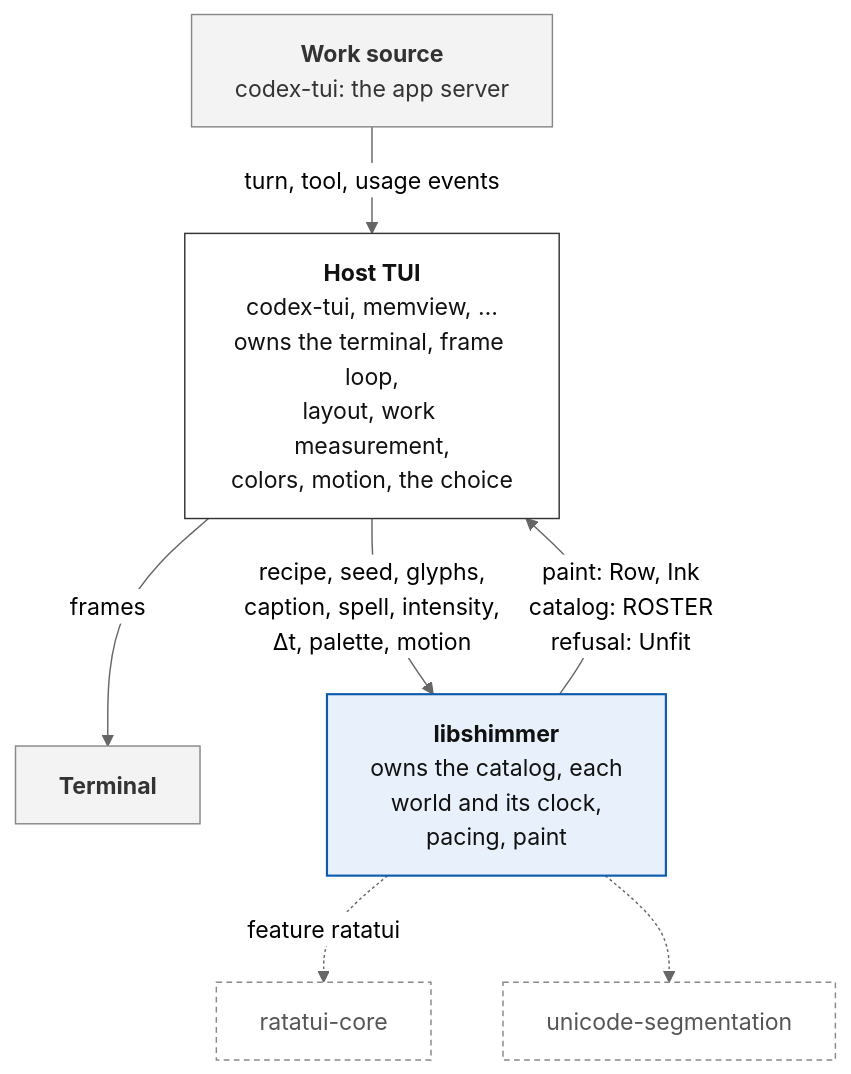
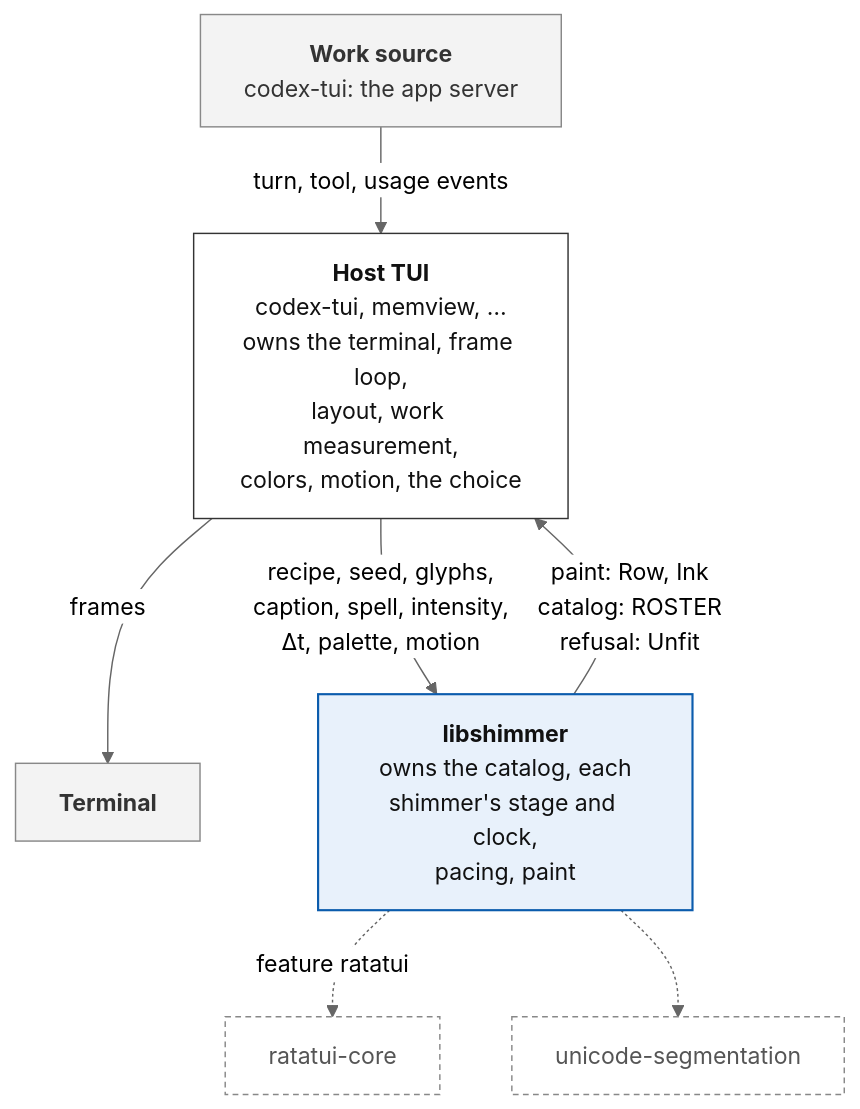
One commit to aoaoaoaoaoaoaoaoaoaoaoaoaoaoaoaoaoaoaoa/libshimmer changed the first of 6 diagrams in design/DESIGN.md. Above: the diagram before and after it, drawn with Mermaid (neutral theme). The commit also changed other lines of this file, not shown here.

````diff
--- a/design/DESIGN.md
+++ b/design/DESIGN.md
@@ -32,21 +40,21 @@
 ```mermaid
 flowchart TB
   classDef subject fill:#e8f1fb,stroke:#0b5cad,stroke-width:1.5px,color:#111
   classDef host fill:#fff,stroke:#333,color:#111
   classDef outside fill:#f3f3f3,stroke:#888,color:#333
   classDef dep fill:#fff,stroke:#888,color:#555,stroke-dasharray:4 3
 
   work["<b>Work source</b><br/>codex-tui: the app server"]:::outside
   host["<b>Host TUI</b><br/>codex-tui, memview, …<br/>owns the terminal, frame loop,<br/>layout, work measurement,<br/>colors, motion, the choice"]:::host
   term["<b>Terminal</b>"]:::outside
-  lib["<b>libshimmer</b><br/>owns the catalog, each<br/>world and its clock,<br/>pacing, paint"]:::subject
+  lib["<b>libshimmer</b><br/>owns the catalog, each<br/>shimmer's stage and clock,<br/>pacing, paint"]:::subject
   core["ratatui-core"]:::dep
   seg["unicode-segmentation"]:::dep
 
   work -->|"turn, tool, usage events"| host
   host -->|frames| term
   host -->|"recipe, seed, glyphs,<br/>caption, spell, intensity,<br/>Δt, palette, motion"| lib
   lib -->|"paint: Row, Ink<br/>catalog: ROSTER<br/>refusal: Unfit"| host
   lib -.->|"feature ratatui"| core
   lib -.-> seg
 ```
````
